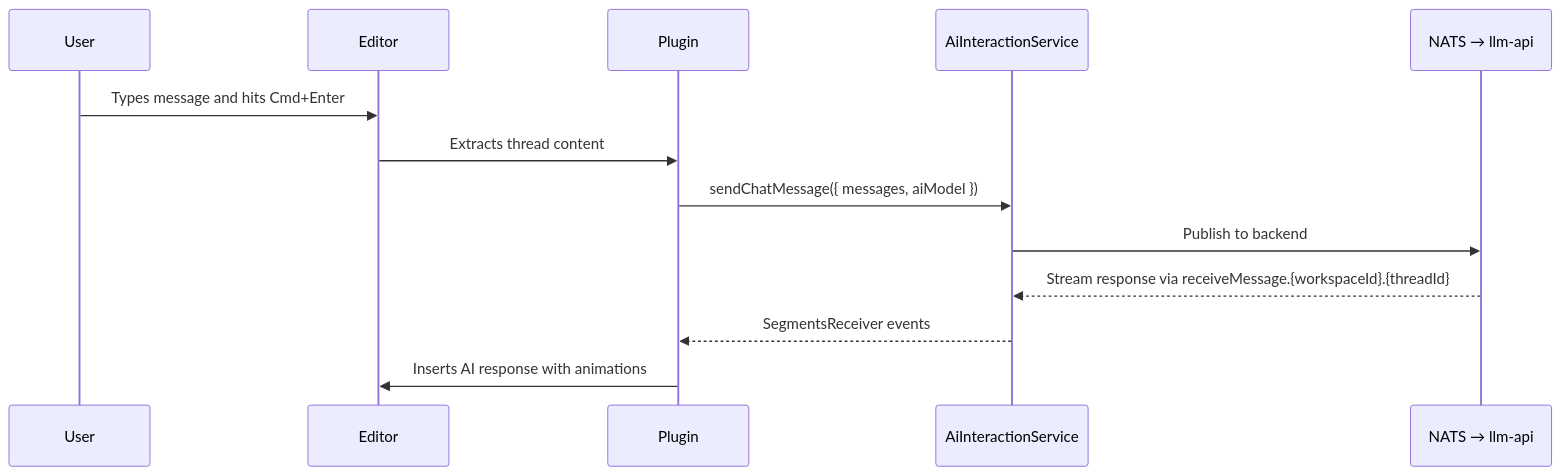
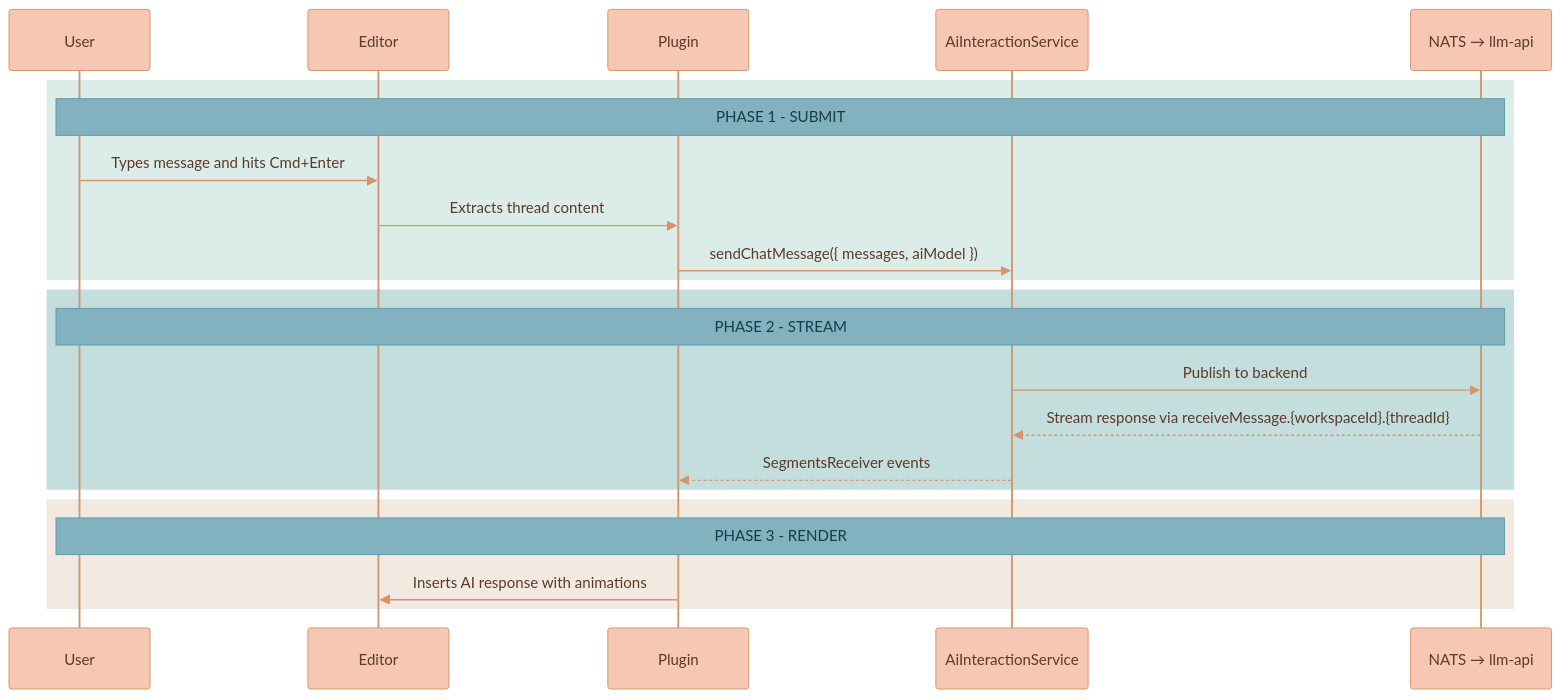
The fifth of 5 diagrams in services/web-ui/src/components/proseMirror/plugins/aiChatThreadPlugin/README.md (Lixpi/lixpi), drawn with Mermaid before and after one commit. The commit also changed other lines of this file and 27 other files, not shown here.

````diff
--- a/services/web-ui/src/components/proseMirror/plugins/aiChatThreadPlugin/README.md
+++ b/services/web-ui/src/components/proseMirror/plugins/aiChatThreadPlugin/README.md
@@ -329,16 +331,36 @@
 ```mermaid
+%%{init: {'theme': 'base', 'themeVariables': { 'noteBkgColor': '#82B2C0', 'noteTextColor': '#1a3a47', 'noteBorderColor': '#5a9aad', 'actorBkg': '#F6C7B3', 'actorBorder': '#d4956a', 'actorTextColor': '#5a3a2a', 'actorLineColor': '#d4956a', 'signalColor': '#d4956a', 'signalTextColor': '#5a3a2a', 'labelBoxBkgColor': '#F6C7B3', 'labelBoxBorderColor': '#d4956a', 'labelTextColor': '#5a3a2a', 'loopTextColor': '#5a3a2a', 'activationBorderColor': '#d4956a', 'activationBkgColor': '#C3DEDD', 'sequenceNumberColor': '#5a3a2a'}}}%%
 sequenceDiagram
-    participant U as User
-    participant E as Editor
-    participant P as Plugin
-    participant AIS as AiInteractionService
-    participant NATS as NATS → llm-api
-
+  participant U as User
+  participant E as Editor
+  participant P as Plugin
+  participant AIS as AiInteractionService
+  participant NATS as NATS → llm-api
+  %% ═══════════════════════════════════════════════════════════════
+  %% PHASE 1: SUBMIT
+  %% ═══════════════════════════════════════════════════════════════
+  rect rgb(220, 236, 233)
+    Note over U, NATS: PHASE 1 - SUBMIT
     U->>E: Types message and hits Cmd+Enter
     E->>P: Extracts thread content
     P->>AIS: sendChatMessage({ messages, aiModel })
+  end
+
+  %% ═══════════════════════════════════════════════════════════════
+  %% PHASE 2: STREAM
+  %% ═══════════════════════════════════════════════════════════════
+  rect rgb(195, 222, 221)
+    Note over U, NATS: PHASE 2 - STREAM
     AIS->>NATS: Publish to backend
     NATS-->>AIS: Stream response via receiveMessage.{workspaceId}.{threadId}
     AIS-->>P: SegmentsReceiver events
+  end
+
+  %% ═══════════════════════════════════════════════════════════════
+  %% PHASE 3: RENDER
+  %% ═══════════════════════════════════════════════════════════════
+  rect rgb(242, 234, 224)
+    Note over U, NATS: PHASE 3 - RENDER
     P->>E: Inserts AI response with animations
+  end
 ```
````
